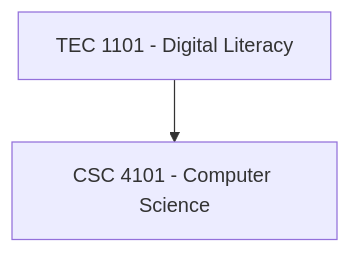
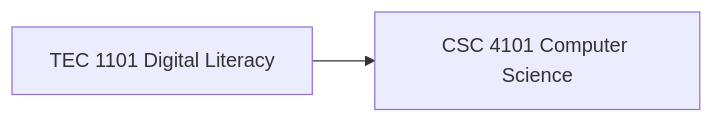
Diagram 14 of 29 in RIAH-PATHWAY-CURRICULUM-STRUCTURE/RIAH-PATHWAY-HIGH-SCHOOL-STRUCTURE/HIGH-SCHOOL-STRUCTURE.md (RIAHPathway/Website-Draft), drawn with Mermaid before and after one commit. The commit also changed other lines of this file, not shown here.

Commit message:
Match High School Mermaid diagrams to repository working syntax

````diff
--- a/RIAH-PATHWAY-CURRICULUM-STRUCTURE/RIAH-PATHWAY-HIGH-SCHOOL-STRUCTURE/HIGH-SCHOOL-STRUCTURE.md
+++ b/RIAH-PATHWAY-CURRICULUM-STRUCTURE/RIAH-PATHWAY-HIGH-SCHOOL-STRUCTURE/HIGH-SCHOOL-STRUCTURE.md
@@ -591,4 +591,4 @@
 ```mermaid
-graph TD;
-    N0["TEC 1101 - Digital Literacy"] --> N1["CSC 4101 - Computer Science"];
+graph LR
+    N0["TEC 1101 Digital Literacy"] --> N1["CSC 4101 Computer Science"]
 ```
````
